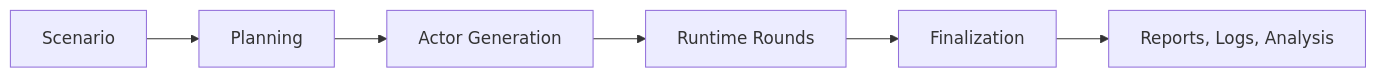
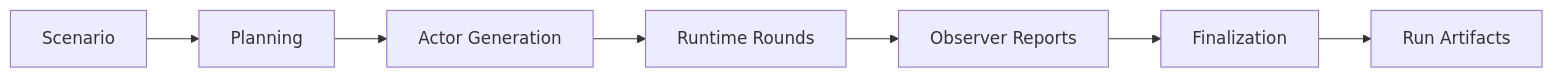
The diagram in README.md (keonho-kim/simula), drawn with Mermaid before and after one commit. The commit also changed other lines of this file and 20 other files, not shown here.

````diff
--- a/README.md
+++ b/README.md
@@ -40,8 +44,9 @@
 ```mermaid
 flowchart LR
     Scenario["Scenario"] --> Planning["Planning"]
     Planning --> Actors["Actor Generation"]
     Actors --> Runtime["Runtime Rounds"]
-    Runtime --> Finalization["Finalization"]
-    Finalization --> Artifacts["Reports, Logs, Analysis"]
+    Runtime --> Observer["Observer Reports"]
+    Observer --> Finalization["Finalization"]
+    Finalization --> Artifacts["Run Artifacts"]
 ```
````
